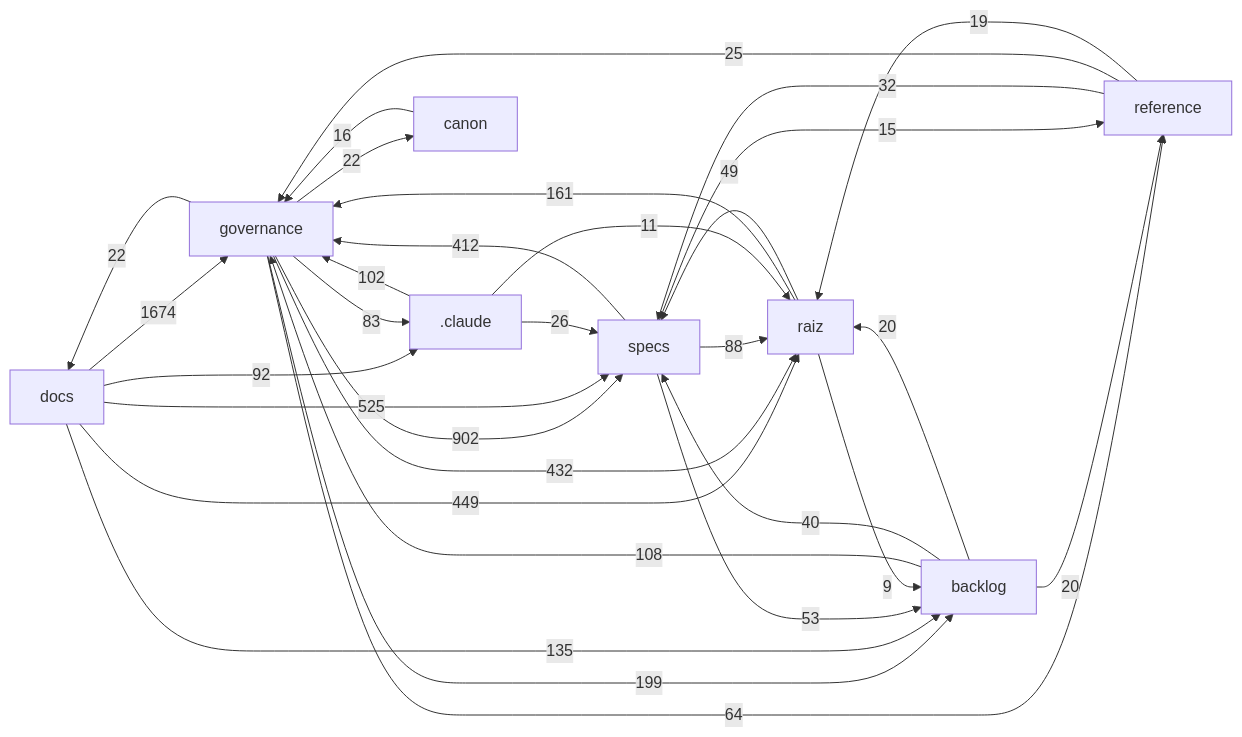
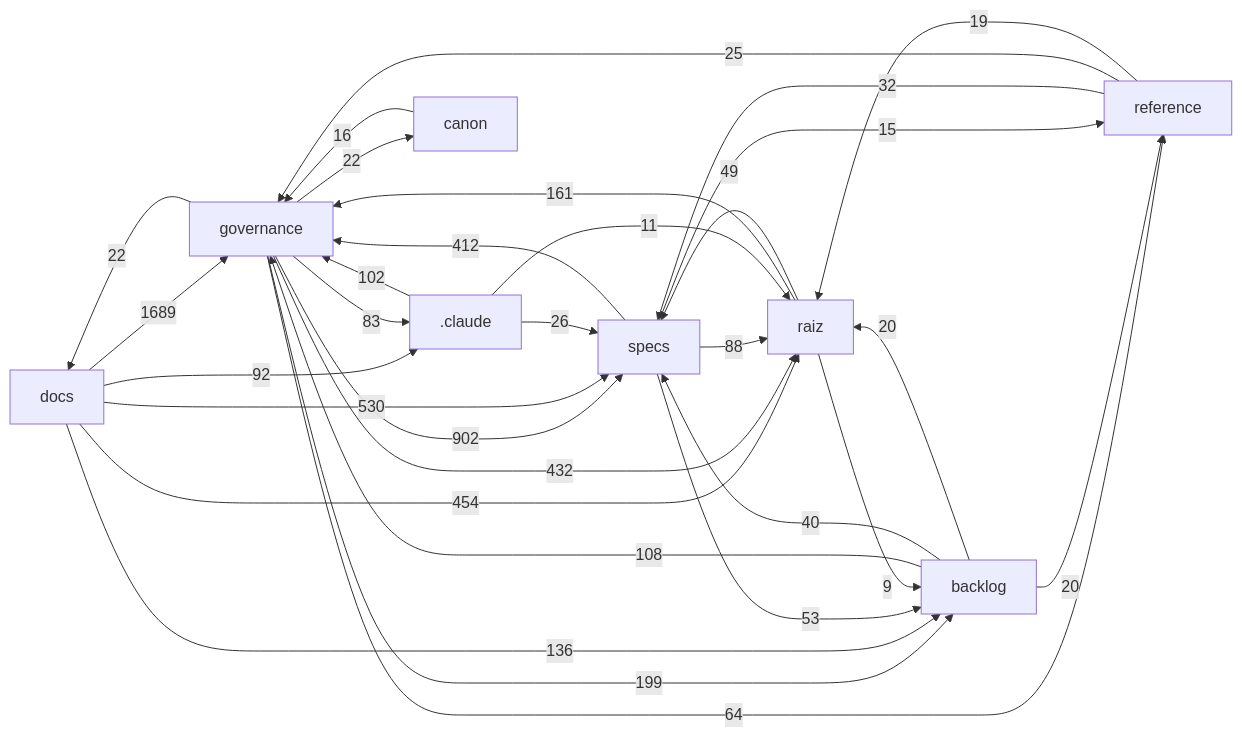
One commit to Andraus35/Sistema-Operacional-de-Trading--SOT changed the diagram in docs/mapa/MAPA-PROJETO.md. Above: the diagram before and after it, drawn with Mermaid. The commit also changed other lines of this file and 3 other files, not shown here.

````diff
--- a/docs/mapa/MAPA-PROJETO.md
+++ b/docs/mapa/MAPA-PROJETO.md
@@ -29,33 +29,33 @@
 ```mermaid
 flowchart LR
-  docs["docs"] -->|1674| governance["governance"]
+  docs["docs"] -->|1689| governance["governance"]
   governance["governance"] -->|902| specs["specs"]
-  docs["docs"] -->|525| specs["specs"]
-  docs["docs"] -->|449| raiz["raiz"]
+  docs["docs"] -->|530| specs["specs"]
+  docs["docs"] -->|454| raiz["raiz"]
   governance["governance"] -->|432| raiz["raiz"]
   specs["specs"] -->|412| governance["governance"]
   governance["governance"] -->|199| backlog["backlog"]
   raiz["raiz"] -->|161| governance["governance"]
-  docs["docs"] -->|135| backlog["backlog"]
+  docs["docs"] -->|136| backlog["backlog"]
   backlog["backlog"] -->|108| governance["governance"]
   _claude[".claude"] -->|102| governance["governance"]
   docs["docs"] -->|92| _claude[".claude"]
   specs["specs"] -->|88| raiz["raiz"]
   governance["governance"] -->|83| _claude[".claude"]
   governance["governance"] -->|64| reference["reference"]
   specs["specs"] -->|53| backlog["backlog"]
   raiz["raiz"] -->|49| specs["specs"]
   backlog["backlog"] -->|40| specs["specs"]
   reference["reference"] -->|32| specs["specs"]
   _claude[".claude"] -->|26| specs["specs"]
   reference["reference"] -->|25| governance["governance"]
   governance["governance"] -->|22| docs["docs"]
   governance["governance"] -->|22| canon["canon"]
   backlog["backlog"] -->|20| raiz["raiz"]
   backlog["backlog"] -->|20| reference["reference"]
   reference["reference"] -->|19| raiz["raiz"]
   canon["canon"] -->|16| governance["governance"]
   specs["specs"] -->|15| reference["reference"]
   _claude[".claude"] -->|11| raiz["raiz"]
   raiz["raiz"] -->|9| backlog["backlog"]
 ```
````
